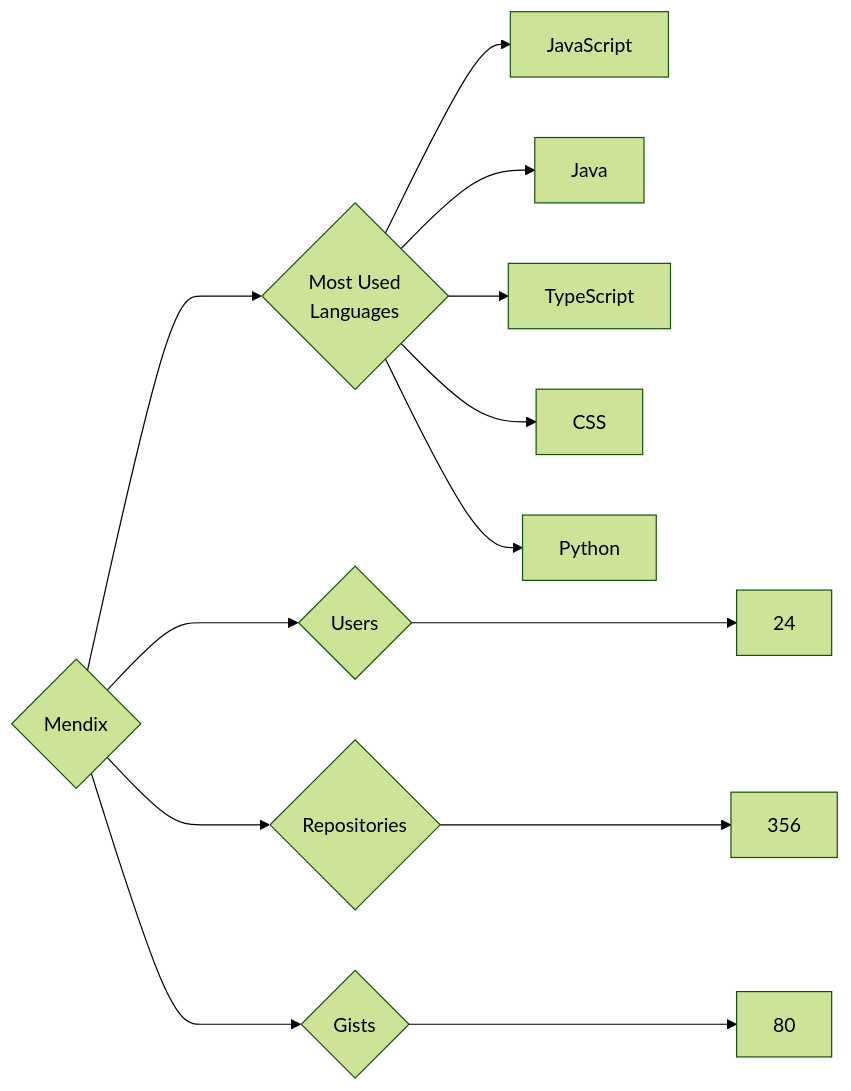
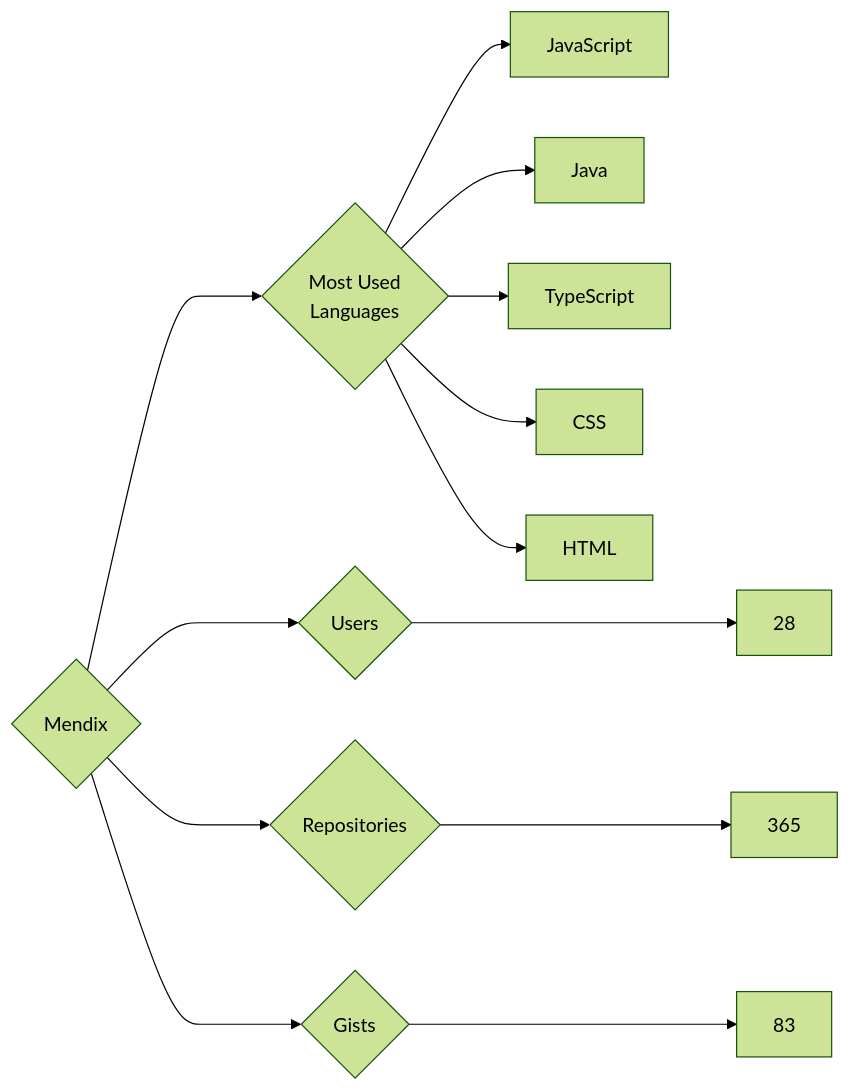
Before and after one commit to trickest/insiders: the diagram in targets/Mendix/README.md, drawn with Mermaid (forest theme). The commit also changed 1479 other files, not shown here.

````diff
--- a/targets/Mendix/README.md
+++ b/targets/Mendix/README.md
@@ -3,13 +3,13 @@
 ```mermaid
 graph LR
 COMPANY_NAME{Mendix}
-COMPANY_NAME ---> U{Users} ---> UN[24]
-COMPANY_NAME ---> R{Repositories} ---> RN[356]
-COMPANY_NAME ---> G{Gists} ---> GN[80]
+COMPANY_NAME ---> U{Users} ---> UN[28]
+COMPANY_NAME ---> R{Repositories} ---> RN[365]
+COMPANY_NAME ---> G{Gists} ---> GN[83]
 COMPANY_NAME ---> ML{Most Used<br>Languages}
 ML --> JavaScript[JavaScript]
 ML --> Java[Java]
 ML --> TypeScript[TypeScript]
 ML --> CSS[CSS]
-ML --> Python[Python]
+ML --> HTML[HTML]
 ```
````
